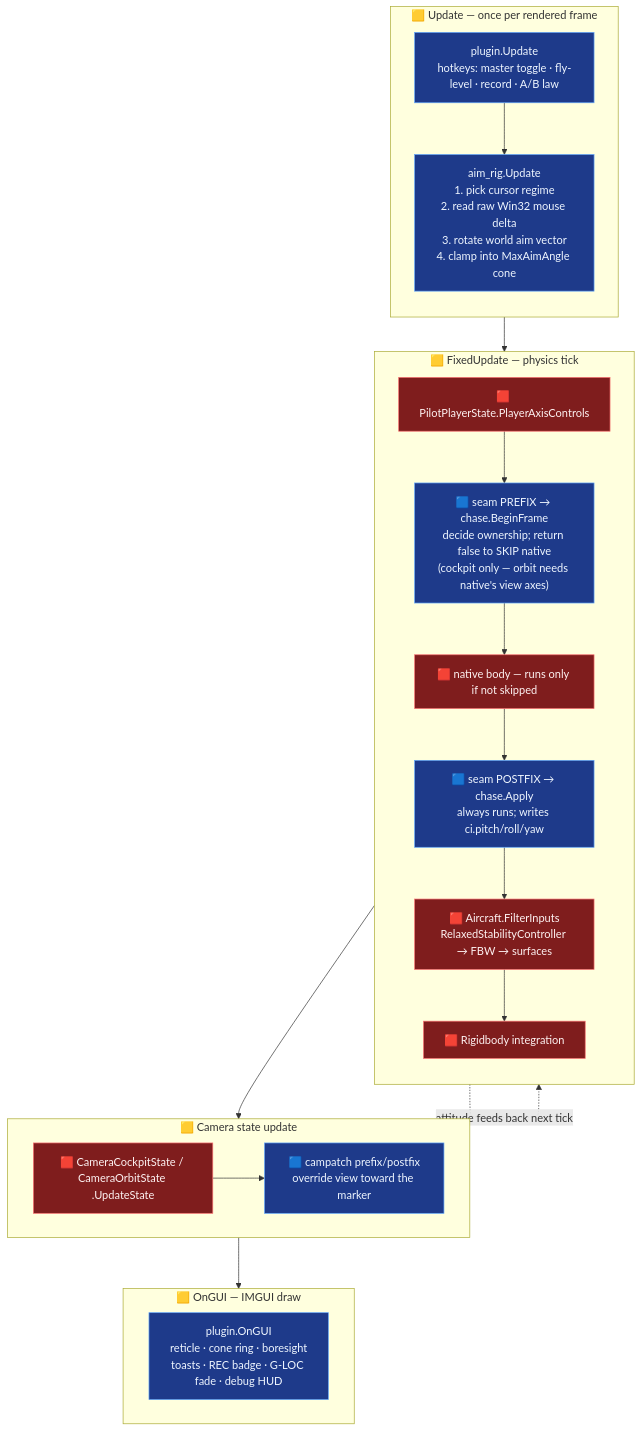
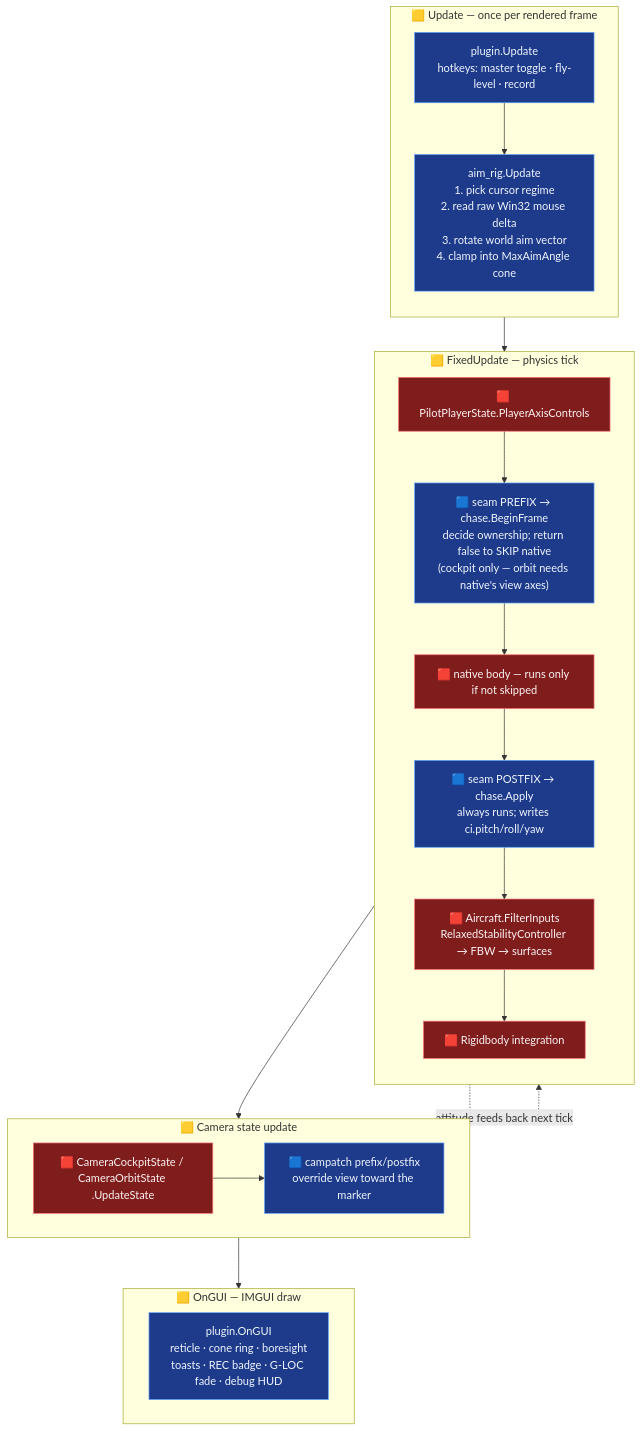
One commit to cosistra/wt-mouse-aim changed the second of 7 diagrams in ARCHITECTURE.md. Above: the diagram before and after it, drawn with Mermaid. The commit also changed other lines of this file and 22 other files, not shown here.

````diff
--- a/ARCHITECTURE.md
+++ b/ARCHITECTURE.md
@@ -121,38 +121,38 @@
 ```mermaid
 flowchart TB
     subgraph U["🟨 Update — once per rendered frame"]
         direction TB
-        u1["plugin.Update<br/>hotkeys: master toggle · fly-level · record · A/B law"]
+        u1["plugin.Update<br/>hotkeys: master toggle · fly-level · record"]
         u2["aim_rig.Update<br/>1. pick cursor regime<br/>2. read raw Win32 mouse delta<br/>3. rotate world aim vector<br/>4. clamp into MaxAimAngle cone"]
         u1 --> u2
     end
 
     subgraph F["🟨 FixedUpdate — physics tick"]
         direction TB
         f1["🟥 PilotPlayerState.PlayerAxisControls"]
         f2["🟦 seam PREFIX → chase.BeginFrame<br/>decide ownership; return false to SKIP native<br/>(cockpit only — orbit needs native's view axes)"]
         f3["🟥 native body — runs only if not skipped"]
         f4["🟦 seam POSTFIX → chase.Apply<br/>always runs; writes ci.pitch/roll/yaw"]
         f5["🟥 Aircraft.FilterInputs<br/>RelaxedStabilityController → FBW → surfaces"]
         f6["🟥 Rigidbody integration"]
         f1 --> f2 --> f3 --> f4 --> f5 --> f6
     end
 
     subgraph L["🟨 Camera state update"]
         l1["🟥 CameraCockpitState / CameraOrbitState .UpdateState"]
         l2["🟦 campatch prefix/postfix<br/>override view toward the marker"]
         l1 --> l2
     end
 
     subgraph G["🟨 OnGUI — IMGUI draw"]
         g1["plugin.OnGUI<br/>reticle · cone ring · boresight<br/>toasts · REC badge · G-LOC fade · debug HUD"]
     end
 
     U --> F --> L --> G
     F -.->|"attitude feeds back next tick"| F
 
     classDef mod fill:#1e3a8a,stroke:#60a5fa,color:#eff6ff
     classDef game fill:#7f1d1d,stroke:#f87171,color:#fef2f2
     class u1,u2,f2,f4,l2,g1 mod
     class f1,f3,f5,f6,l1 game
 ```
````
